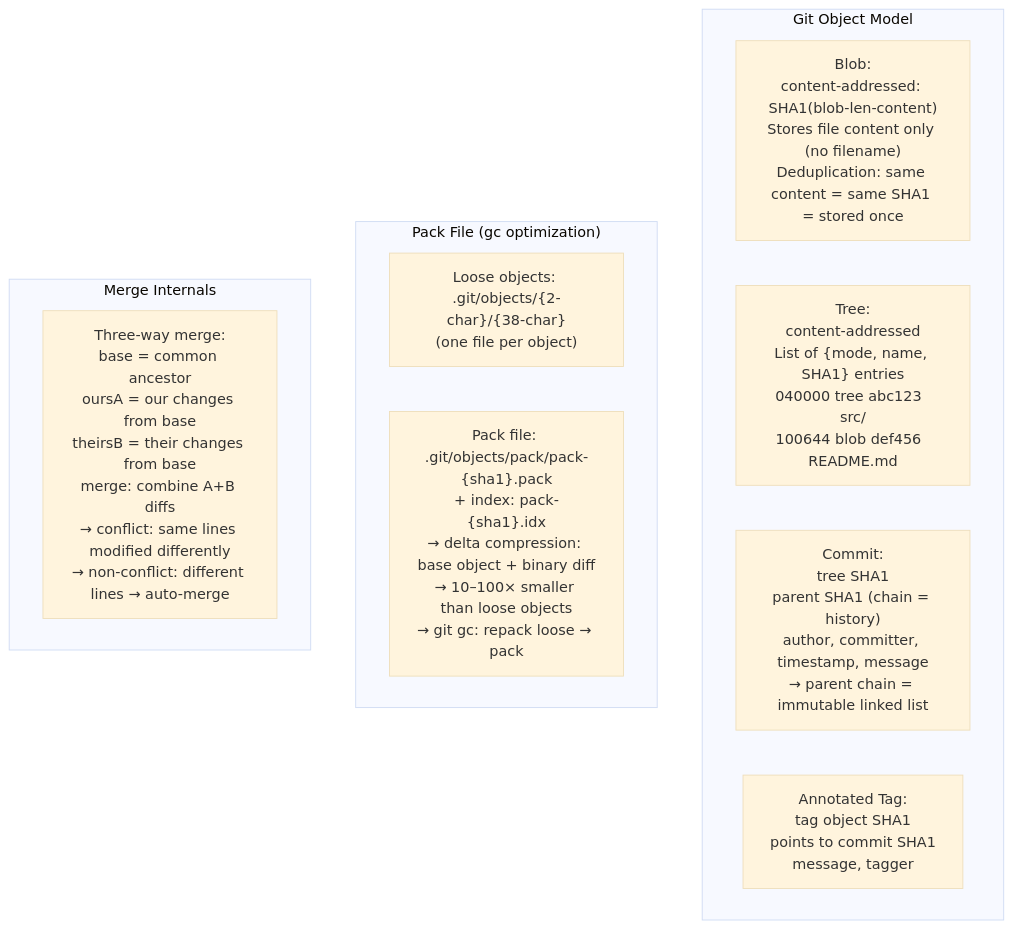
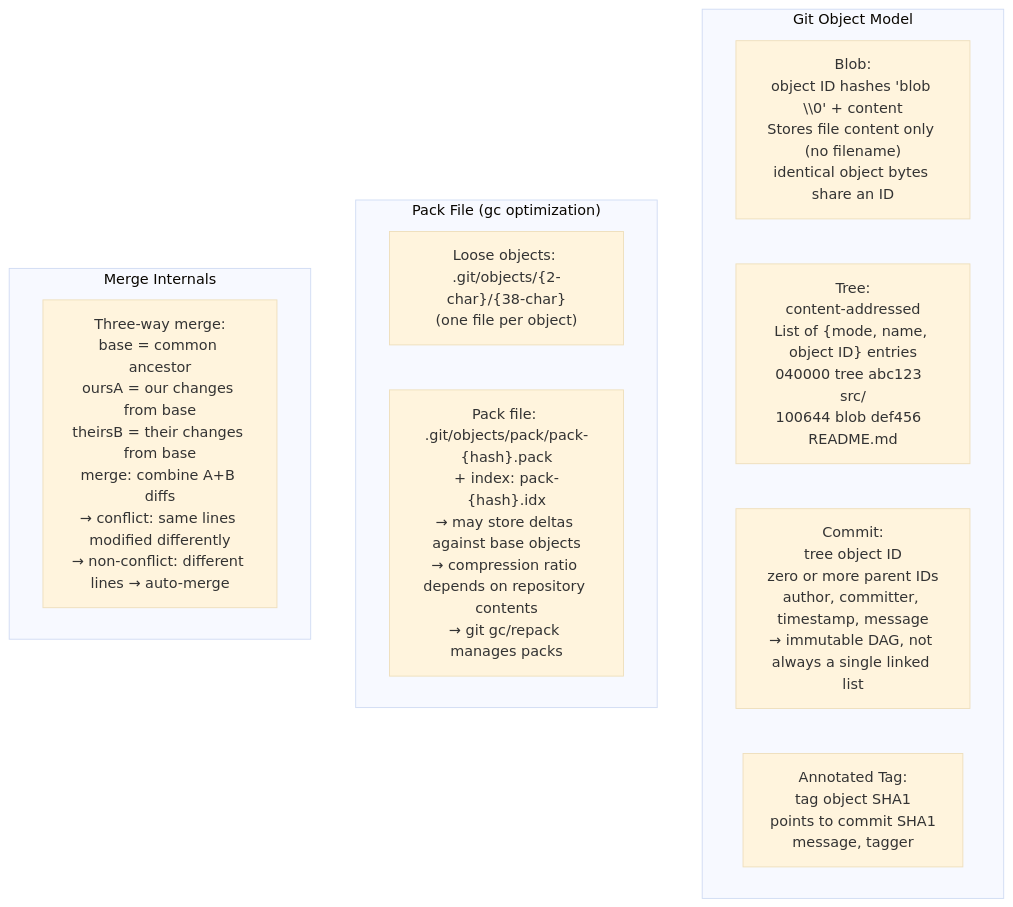
Before and after one commit to choisimo/document: the eighth of 21 diagrams in content/docs/books/cs-reference/ko/software-engineering-internals.md, drawn with Mermaid (base theme). The commit also changed other lines of this file and 504 other files, not shown here.

````diff
--- a/content/docs/books/cs-reference/ko/software-engineering-internals.md
+++ b/content/docs/books/cs-reference/ko/software-engineering-internals.md
@@ -149,18 +157,18 @@
 ```mermaid
 flowchart TD
     subgraph "Git Object Model"
-        Blob["Blob:\ncontent-addressed: SHA1(blob-len-content)\nStores file content only (no filename)\nDeduplication: same content = same SHA1 = stored once"]
-        Tree["Tree:\ncontent-addressed\nList of {mode, name, SHA1} entries\n040000 tree abc123  src/\n100644 blob def456  README.md"]
-        Commit["Commit:\ntree SHA1\nparent SHA1 (chain = history)\nauthor, committer, timestamp, message\n→ parent chain = immutable linked list"]
+        Blob["Blob:\nobject ID hashes 'blob <len>\\0' + content\nStores file content only (no filename)\nidentical object bytes share an ID"]
+        Tree["Tree:\ncontent-addressed\nList of {mode, name, object ID} entries\n040000 tree abc123  src/\n100644 blob def456  README.md"]
+        Commit["Commit:\ntree object ID\nzero or more parent IDs\nauthor, committer, timestamp, message\n→ immutable DAG, not always a single linked list"]
         Tag["Annotated Tag:\ntag object SHA1\npoints to commit SHA1\nmessage, tagger"]
     end
 
     subgraph "Pack File (gc optimization)"
         Loose["Loose objects: .git/objects/{2-char}/{38-char}\n(one file per object)"]
-        Pack["Pack file: .git/objects/pack/pack-{sha1}.pack\n+ index: pack-{sha1}.idx\n→ delta compression: base object + binary diff\n→ 10–100× smaller than loose objects\n→ git gc: repack loose → pack"]
+        Pack["Pack file: .git/objects/pack/pack-{hash}.pack\n+ index: pack-{hash}.idx\n→ may store deltas against base objects\n→ compression ratio depends on repository contents\n→ git gc/repack manages packs"]
     end
 
     subgraph "Merge Internals"
         ThreeWay["Three-way merge:\nbase = common ancestor\noursA = our changes from base\ntheirsB = their changes from base\nmerge: combine A+B diffs\n→ conflict: same lines modified differently\n→ non-conflict: different lines → auto-merge"]
     end
 ```
````
